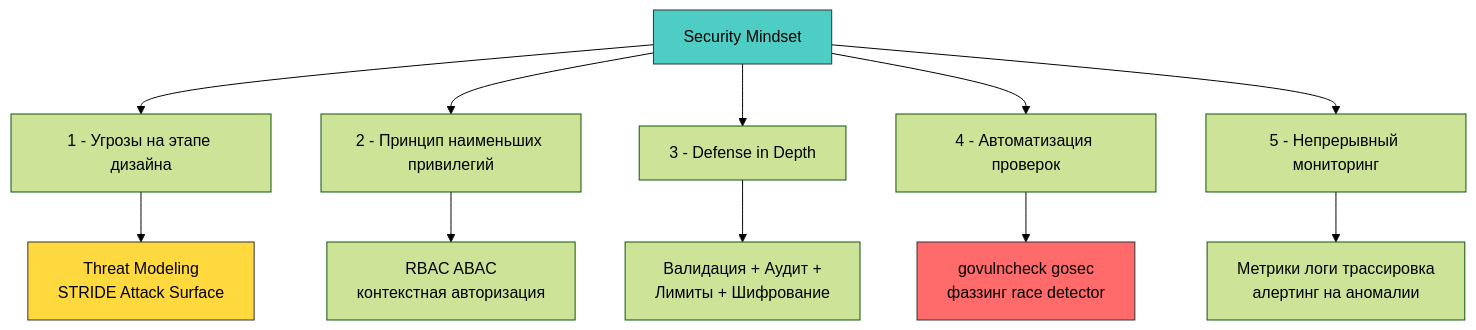
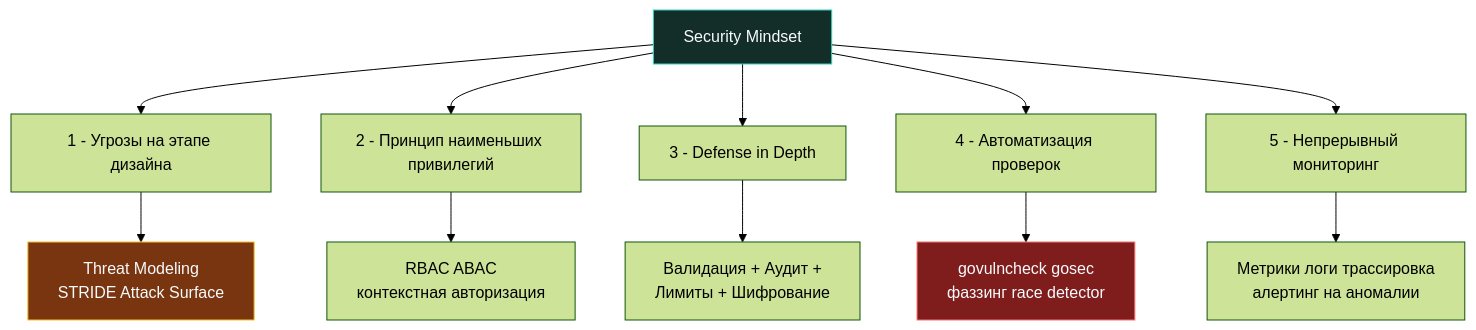
One commit to UnrealTemplier/go-textbook changed the first of 2 diagrams in sources/17. Безопасность (AppSec в Go)/07. Практика/5. Итоги раздела. Security mindset.md. Above: the diagram before and after it, drawn with Mermaid (forest theme). The commit also changed other lines of this file and 310 other files, not shown here.

First line of the commit message:
fix(mermaid): replace light fill colors with dark palette for readability on dark theme

````diff
--- a/sources/17. Безопасность (AppSec в Go)/07. Практика/5. Итоги раздела. Security mindset.md
+++ b/sources/17. Безопасность (AppSec в Go)/07. Практика/5. Итоги раздела. Security mindset.md
@@ -7,18 +7,18 @@
 ```mermaid
 flowchart TD
     A["Security Mindset"] --> B["1 - Угрозы на этапе дизайна"]
     A --> C["2 - Принцип наименьших привилегий"]
     A --> D["3 - Defense in Depth"]
     A --> E["4 - Автоматизация проверок"]
     A --> F["5 - Непрерывный мониторинг"]
     
     B --> G["Threat Modeling<br>STRIDE Attack Surface"]
     C --> H["RBAC ABAC<br>контекстная авторизация"]
     D --> I["Валидация + Аудит +<br>Лимиты + Шифрование"]
     E --> J["govulncheck gosec<br>фаззинг race detector"]
     F --> K["Метрики логи трассировка<br>алертинг на аномалии"]
     
-    style A fill:#4ecdc4,stroke:#333
-    style G fill:#ffd93d,stroke:#333
-    style J fill:#ff6b6b,stroke:#333
+    style A fill:#132d29,stroke:#2dd4bf,color:#f8fafc
+    style G fill:#78350f,stroke:#fbbf24,color:#f8fafc
+    style J fill:#7f1d1d,stroke:#f87171,color:#f8fafc
 ```
````
